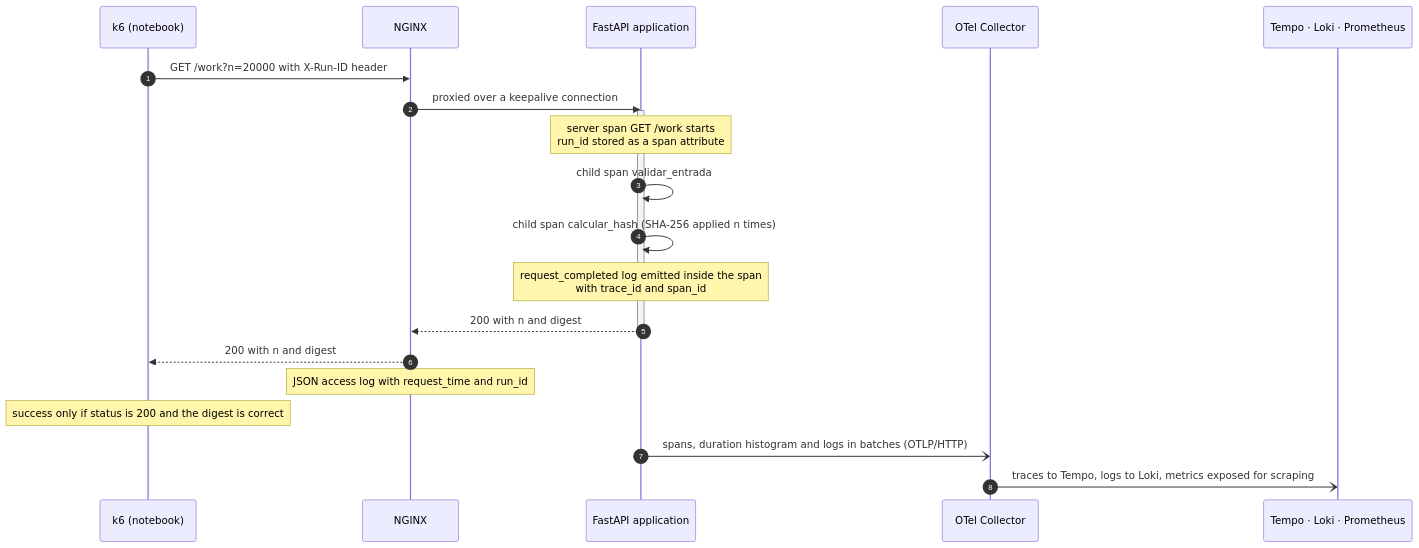
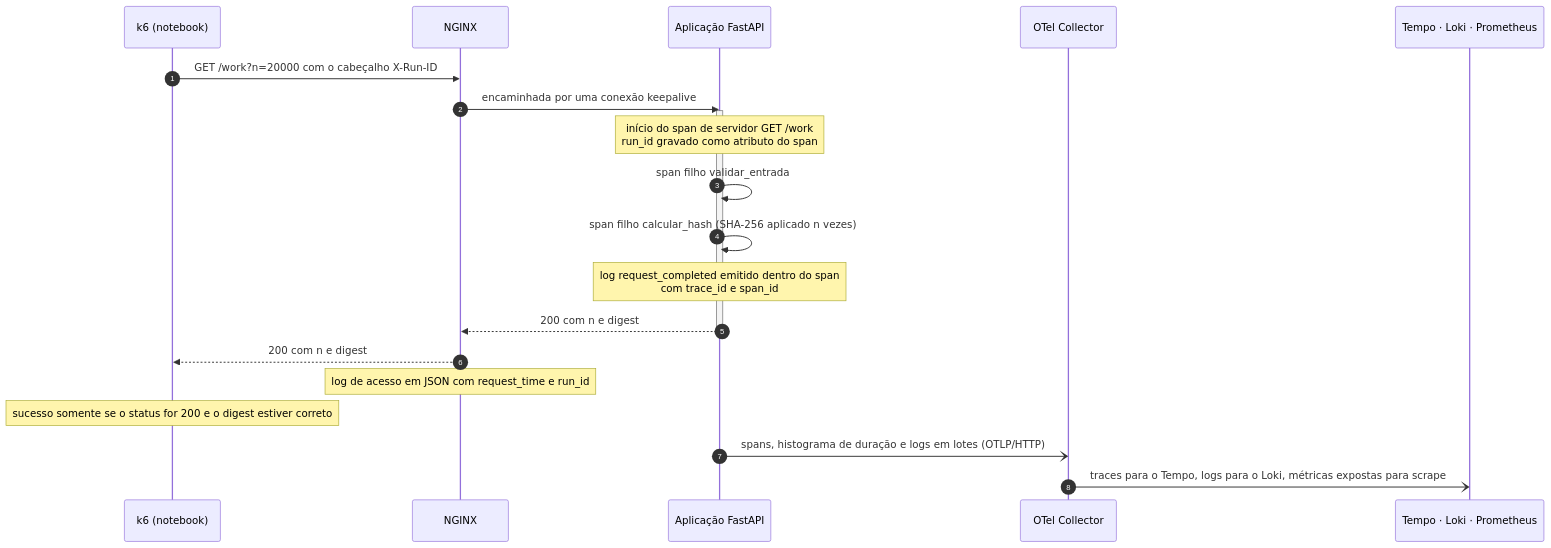
The third of 7 diagrams in docs/architecture/README.md (itamarsb/Observability-Engineering-Framework), drawn with Mermaid before and after one commit. The commit also changed other lines of this file and 4 other files, not shown here.

````diff
--- a/docs/architecture/README.md
+++ b/docs/architecture/README.md
@@ -112,24 +112,24 @@
 ```mermaid
 sequenceDiagram
     autonumber
     participant K6 as k6 (notebook)
     participant NG as NGINX
-    participant API as FastAPI application
+    participant API as Aplicação FastAPI
     participant COL as OTel Collector
     participant BE as Tempo · Loki · Prometheus
 
-    K6->>NG: GET /work?n=20000 with X-Run-ID header
-    NG->>API: proxied over a keepalive connection
+    K6->>NG: GET /work?n=20000 com o cabeçalho X-Run-ID
+    NG->>API: encaminhada por uma conexão keepalive
     activate API
-    Note over API: server span GET /work starts<br/>run_id stored as a span attribute
-    API->>API: child span validar_entrada
-    API->>API: child span calcular_hash (SHA-256 applied n times)
-    Note over API: request_completed log emitted inside the span<br/>with trace_id and span_id
-    API-->>NG: 200 with n and digest
+    Note over API: início do span de servidor GET /work<br/>run_id gravado como atributo do span
+    API->>API: span filho validar_entrada
+    API->>API: span filho calcular_hash (SHA-256 aplicado n vezes)
+    Note over API: log request_completed emitido dentro do span<br/>com trace_id e span_id
+    API-->>NG: 200 com n e digest
     deactivate API
-    NG-->>K6: 200 with n and digest
-    Note over NG: JSON access log with request_time and run_id
-    Note over K6: success only if status is 200 and the digest is correct
-    API-)COL: spans, duration histogram and logs in batches (OTLP/HTTP)
-    COL-)BE: traces to Tempo, logs to Loki, metrics exposed for scraping
+    NG-->>K6: 200 com n e digest
+    Note over NG: log de acesso em JSON com request_time e run_id
+    Note over K6: sucesso somente se o status for 200 e o digest estiver correto
+    API-)COL: spans, histograma de duração e logs em lotes (OTLP/HTTP)
+    COL-)BE: traces para o Tempo, logs para o Loki, métricas expostas para scrape
 ```
````
